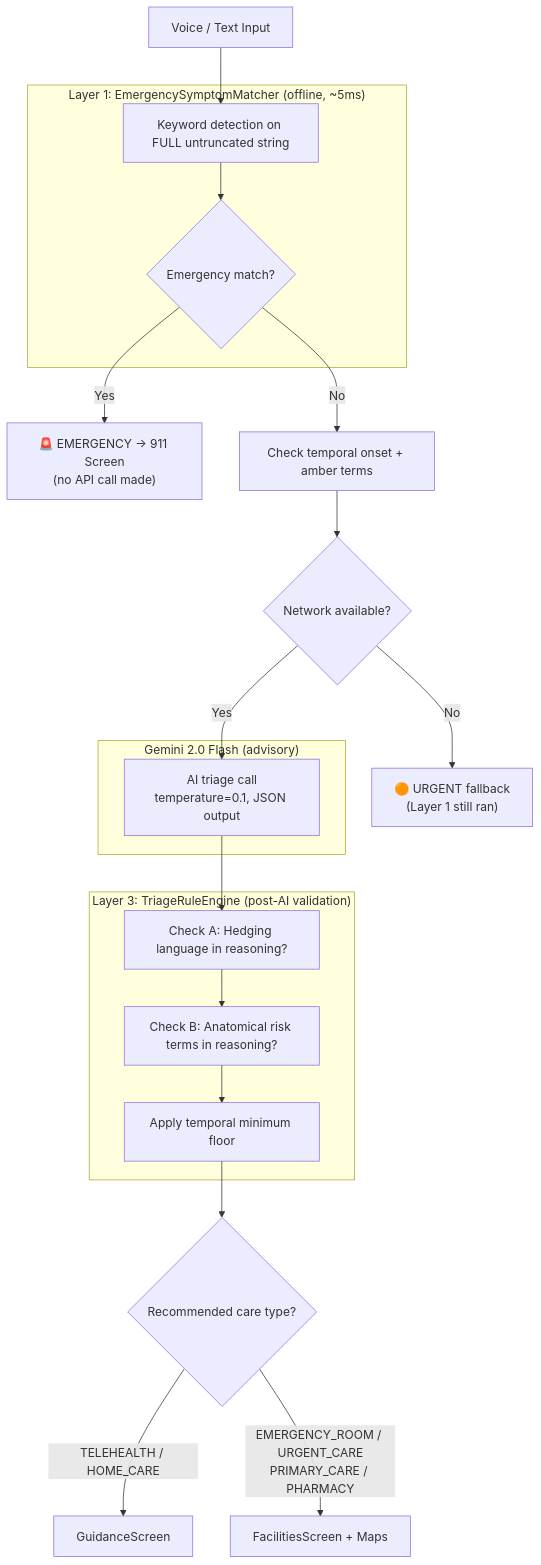
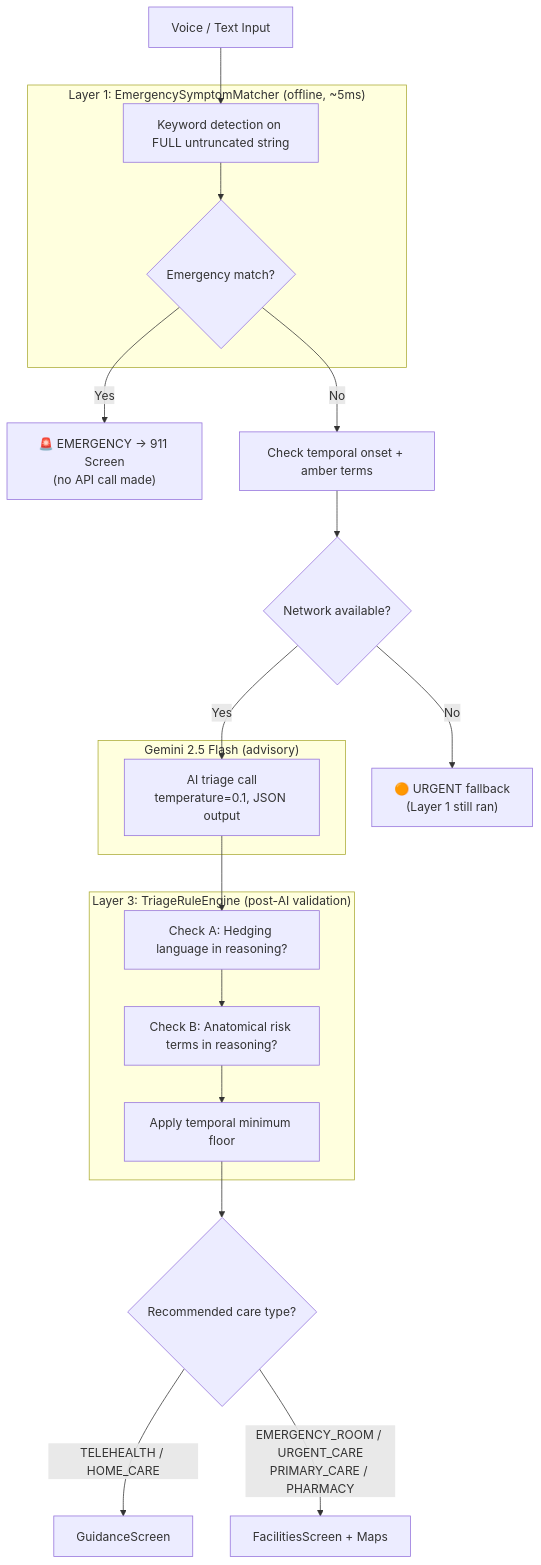
The first of 4 diagrams in README.md (lakshmanreddymv-bot/MedicalSymptomPreScreener), drawn with Mermaid before and after one commit. The commit also changed other lines of this file and 7 other files, not shown here.

First line of the commit message:
chore: upgrade Gemini model to gemini-2.5-flash

````diff
--- a/README.md
+++ b/README.md
@@ -81,31 +81,31 @@
 ```mermaid
 flowchart TD
     A[Voice / Text Input] --> B
 
     subgraph Layer1 ["Layer 1: EmergencySymptomMatcher (offline, ~5ms)"]
         B[Keyword detection on FULL untruncated string]
         B --> C{Emergency match?}
     end
 
     C -->|Yes| D["🚨 EMERGENCY → 911 Screen\n(no API call made)"]
     C -->|No| E[Check temporal onset + amber terms]
     E --> F{Network available?}
     F -->|No| G["🟠 URGENT fallback\n(Layer 1 still ran)"]
     F -->|Yes| H
 
-    subgraph Layer2 ["Gemini 2.0 Flash (advisory)"]
+    subgraph Layer2 ["Gemini 2.5 Flash (advisory)"]
         H[AI triage call\ntemperature=0.1, JSON output]
     end
 
     H --> I
 
     subgraph Layer3 ["Layer 3: TriageRuleEngine (post-AI validation)"]
         I[Check A: Hedging language in reasoning?]
         I --> J[Check B: Anatomical risk terms in reasoning?]
         J --> K[Apply temporal minimum floor]
     end
 
     K --> L{Recommended care type?}
     L -->|TELEHEALTH / HOME_CARE| M[GuidanceScreen]
     L -->|EMERGENCY_ROOM / URGENT_CARE\nPRIMARY_CARE / PHARMACY| N[FacilitiesScreen + Maps]
 ```
````
